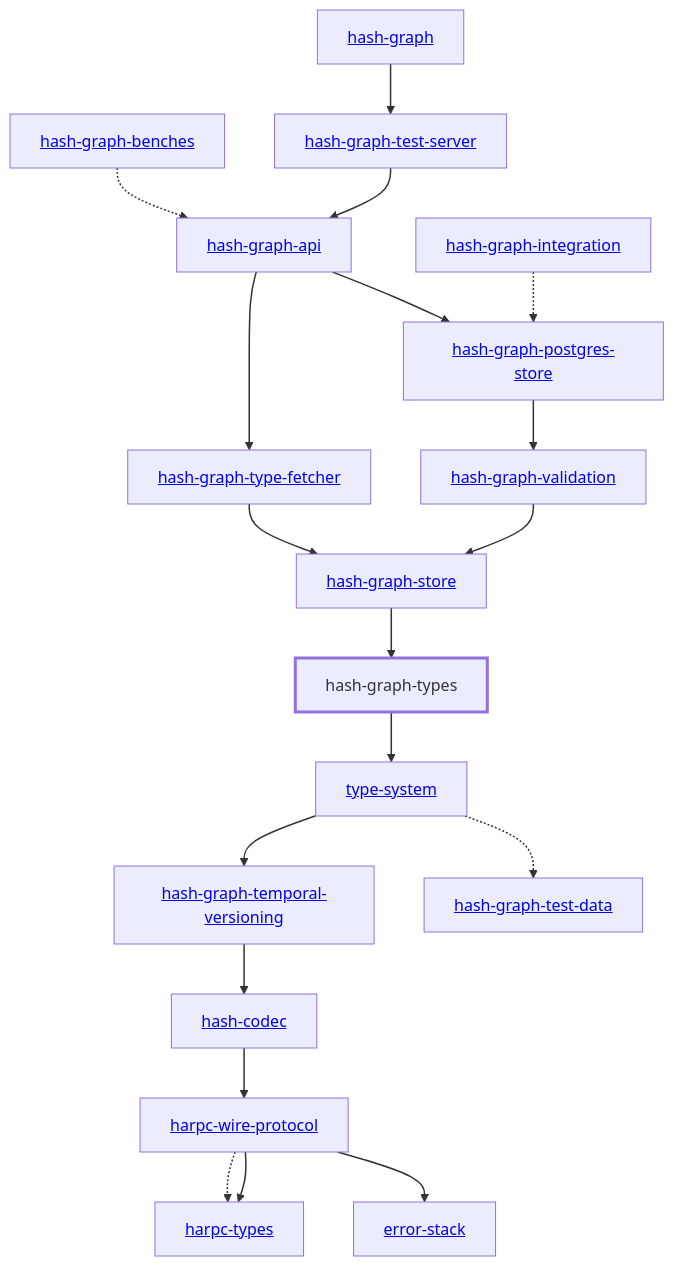
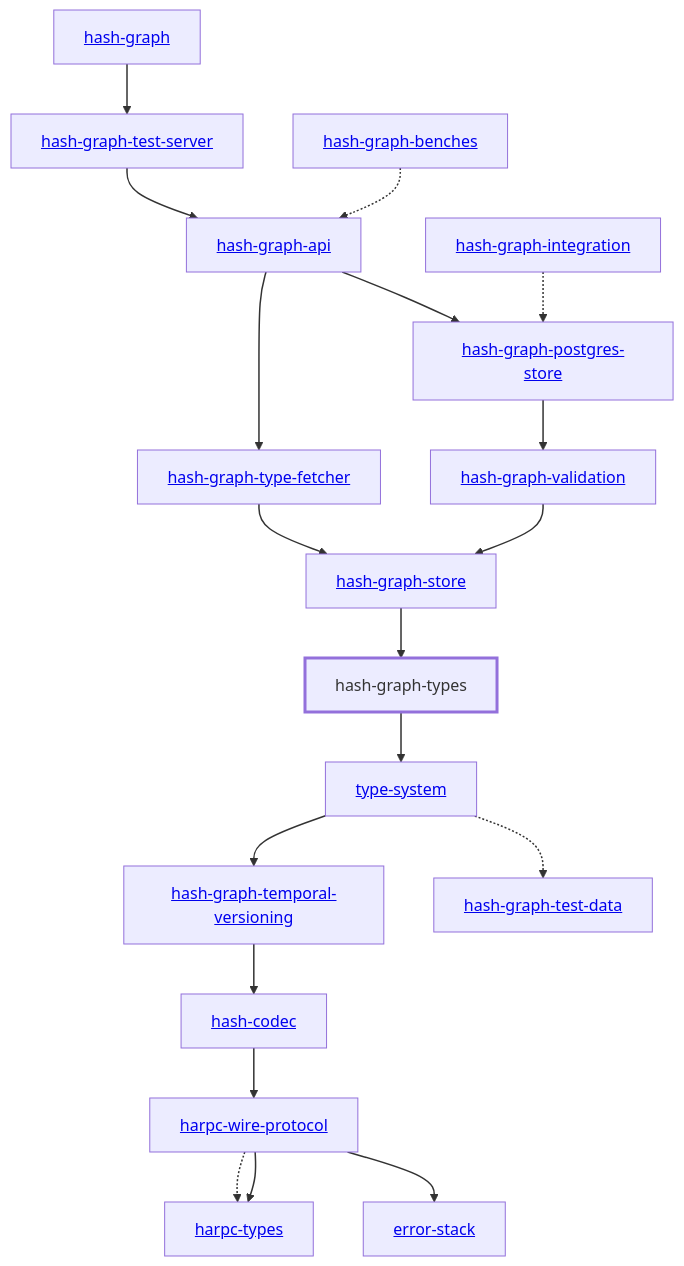
The diagram in libs/@local/graph/types/rust/docs/dependency-diagram.mmd (hashintel/hash), drawn with Mermaid before and after one commit. The commit also changed 34 other files, not shown here.

Commit message:
chore: update dependency diagrams

```diff
--- a/libs/@local/graph/types/rust/docs/dependency-diagram.mmd
+++ b/libs/@local/graph/types/rust/docs/dependency-diagram.mmd
@@ -1,46 +1,46 @@
 graph TD
     linkStyle default stroke-width:1.5px
     classDef default stroke-width:1px
     classDef root stroke-width:3px
     classDef dev stroke-width:1px
     classDef build stroke-width:1px
     %% Legend
     %% --> : Normal dependency
     %% -.-> : Dev dependency
     %% ---> : Build dependency
-    0[<a href="../hash_codec/index.html">hash-codec</a>]
-    1[<a href="../hash_graph/index.html">hash-graph</a>]
-    2[<a href="../hash_graph_api/index.html">hash-graph-api</a>]
-    3[<a href="../hash_graph_type_fetcher/index.html">hash-graph-type-fetcher</a>]
-    4[<a href="../hash_graph_benches/index.html">hash-graph-benches</a>]
-    5[<a href="../hash_graph_integration/index.html">hash-graph-integration</a>]
-    6[hash-graph-types]
-    class 6 root
-    7[<a href="../error_stack/index.html">error-stack</a>]
-    8[<a href="../hash_graph_validation/index.html">hash-graph-validation</a>]
-    9[<a href="../hash_graph_postgres_store/index.html">hash-graph-postgres-store</a>]
-    10[<a href="../hash_graph_store/index.html">hash-graph-store</a>]
-    11[<a href="../hash_graph_temporal_versioning/index.html">hash-graph-temporal-versioning</a>]
-    12[<a href="../hash_graph_test_data/index.html">hash-graph-test-data</a>]
-    13[<a href="../hash_graph_test_server/index.html">hash-graph-test-server</a>]
-    14[<a href="../type_system/index.html">type-system</a>]
-    15[<a href="../harpc_types/index.html">harpc-types</a>]
-    16[<a href="../harpc_wire_protocol/index.html">harpc-wire-protocol</a>]
-    3 --> 10
-    4 -.-> 2
-    5 -.-> 9
-    14 -.-> 12
-    9 --> 8
-    11 --> 0
-    13 --> 2
-    16 --> 7
-    16 --> 15
-    16 -.-> 15
-    0 --> 16
-    14 --> 11
-    8 --> 10
-    1 --> 13
-    10 --> 6
-    2 --> 9
-    2 --> 3
-    6 --> 14
+    0[<a href="../hash_graph">hash-graph</a>]
+    1[<a href="../type_system">type-system</a>]
+    2[<a href="../hash_codec">hash-codec</a>]
+    3[<a href="../hash_graph_api">hash-graph-api</a>]
+    4[<a href="../hash_graph_postgres_store">hash-graph-postgres-store</a>]
+    5[<a href="../hash_graph_store">hash-graph-store</a>]
+    6[<a href="../hash_graph_temporal_versioning">hash-graph-temporal-versioning</a>]
+    7[<a href="../hash_graph_test_server">hash-graph-test-server</a>]
+    8[<a href="../hash_graph_type_fetcher">hash-graph-type-fetcher</a>]
+    9[hash-graph-types]
+    class 9 root
+    10[<a href="../hash_graph_validation">hash-graph-validation</a>]
+    11[<a href="../harpc_types">harpc-types</a>]
+    12[<a href="../harpc_wire_protocol">harpc-wire-protocol</a>]
+    13[<a href="../error_stack">error-stack</a>]
+    14[<a href="../hash_graph_benches">hash-graph-benches</a>]
+    15[<a href="../hash_graph_integration">hash-graph-integration</a>]
+    16[<a href="../hash_graph_test_data">hash-graph-test-data</a>]
+    0 --> 7
+    1 --> 6
+    1 -.-> 16
+    2 --> 12
+    3 --> 4
+    3 --> 8
+    4 --> 10
+    5 --> 9
+    6 --> 2
+    7 --> 3
+    8 --> 5
+    9 --> 1
+    10 --> 5
+    12 -.-> 11
+    12 --> 11
+    12 --> 13
+    14 -.-> 3
+    15 -.-> 4
```
